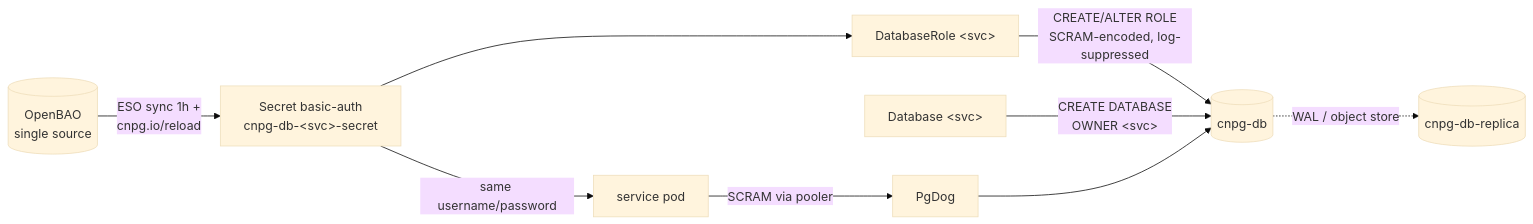
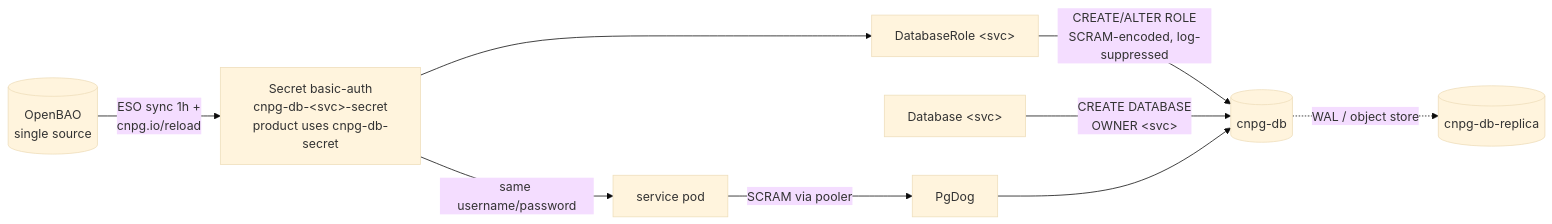
One commit to duynhlab/homelab changed the diagram in docs/databases/012-declarative-role-management.md. Above: the diagram before and after it, drawn with Mermaid (base theme). The commit also changed other lines of this file and 243 other files, not shown here.

````diff
--- a/docs/databases/012-declarative-role-management.md
+++ b/docs/databases/012-declarative-role-management.md
@@ -57,11 +57,11 @@
 ```mermaid
 flowchart LR
-    OB[(OpenBAO<br/>single source)] -->|ESO sync 1h +<br/>cnpg.io/reload| S[Secret basic-auth<br/>cnpg-db-&lt;svc&gt;-secret]
+    OB[(OpenBAO<br/>single source)] -->|ESO sync 1h +<br/>cnpg.io/reload| S[Secret basic-auth<br/>cnpg-db-&lt;svc&gt;-secret<br/>product uses cnpg-db-secret]
     S --> DR2[DatabaseRole &lt;svc&gt;]
     DR2 -->|CREATE/ALTER ROLE<br/>SCRAM-encoded, log-suppressed| PG[(cnpg-db)]
     DB2[Database &lt;svc&gt;] -->|CREATE DATABASE<br/>OWNER &lt;svc&gt;| PG
     S -->|same username/password| APP[service pod]
     APP -->|SCRAM via pooler| PL[PgDog]
     PL --> PG
     PG -.->|WAL / object store| DRC[(cnpg-db-replica)]
 ```
````
